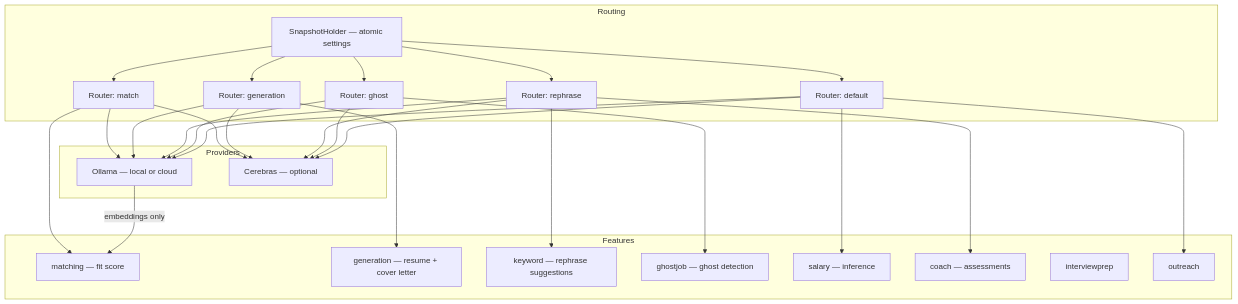
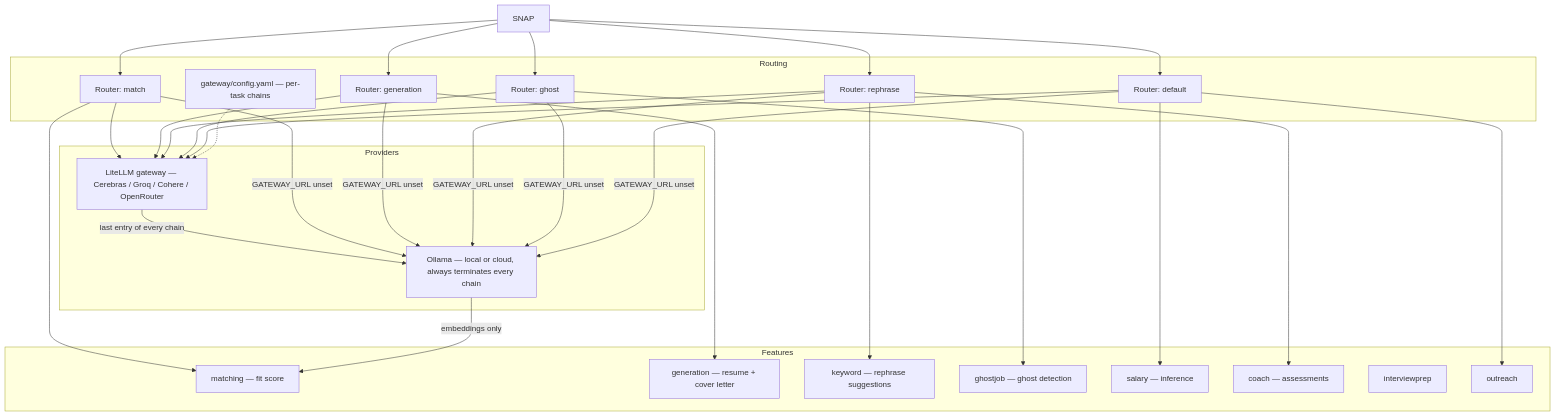
Before and after one commit to nonamecat19/job-finder: the first of 2 diagrams in docs/docs/ai/overview.md, drawn with Mermaid. The commit also changed other lines of this file and 15 other files, not shown here.

````diff
--- a/docs/docs/ai/overview.md
+++ b/docs/docs/ai/overview.md
@@ -11,36 +11,38 @@
 ```mermaid
 flowchart TB
     subgraph Providers
-        OL["Ollama — local or cloud"]
-        CB["Cerebras — optional"]
+        OL["Ollama — local or cloud, always terminates every chain"]
+        GW["LiteLLM gateway — Cerebras / Groq / Cohere / OpenRouter"]
     end
     subgraph Routing
-        SNAP["SnapshotHolder — atomic settings"]
+        CFG["gateway/config.yaml — per-task chains"]
         R1["Router: match"]
         R2["Router: generation"]
         R3["Router: rephrase"]
         R4["Router: ghost"]
         R5["Router: default"]
     end
     subgraph Features
         M["matching — fit score"]
         G["generation — resume + cover letter"]
         K["keyword — rephrase suggestions"]
         GH["ghostjob — ghost detection"]
         S["salary — inference"]
         C["coach — assessments"]
         IP["interviewprep"]
         O["outreach"]
     end
     SNAP --> R1 & R2 & R3 & R4 & R5
     R1 --> M
     R2 --> G
     R3 --> K
     R3 --> C
     R4 --> GH
     R5 --> S
     R5 --> O
-    R1 & R2 & R3 & R4 & R5 --> OL
-    R1 & R2 & R3 & R4 & R5 --> CB
+    R1 & R2 & R3 & R4 & R5 --> GW
+    CFG -.-> GW
+    GW -->|last entry of every chain| OL
+    R1 & R2 & R3 & R4 & R5 -->|GATEWAY_URL unset| OL
     OL -->|embeddings only| M
 ```
````
